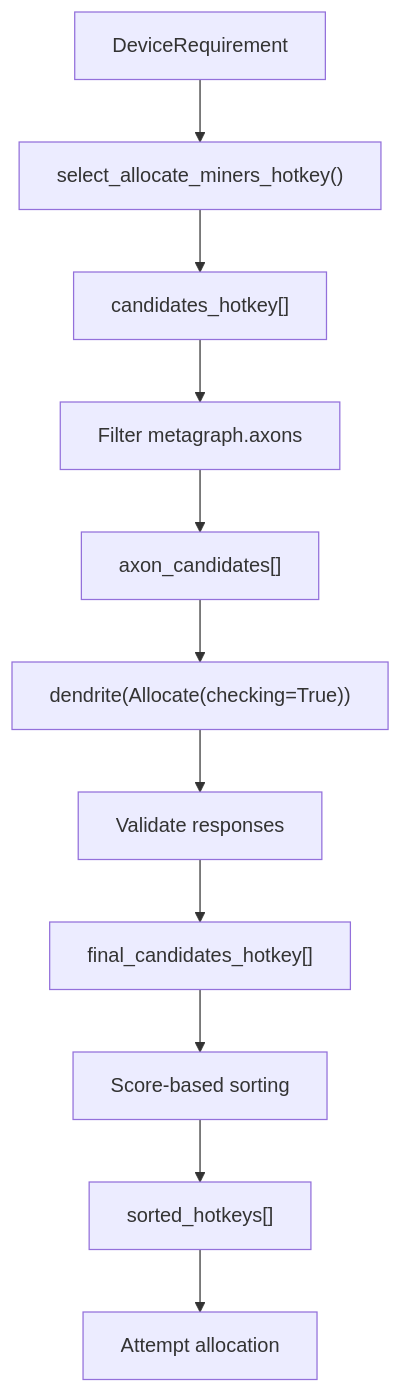
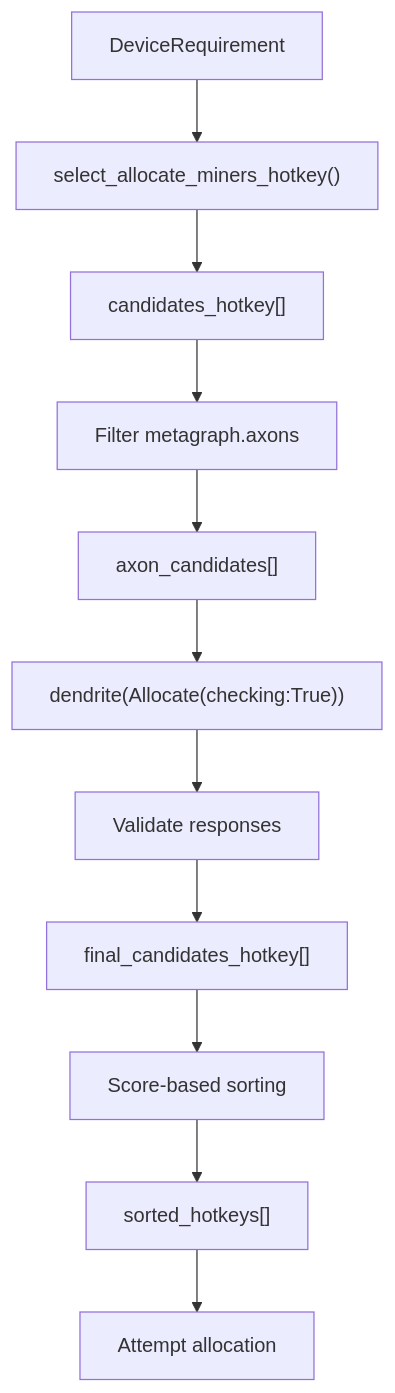
The first of 8 diagrams in src/content/docs/resource-allocation-api/resource-management.mdx (neuralinternet/docs), drawn with Mermaid before and after one commit. The commit also changed other lines of this file and 184 other files, not shown here.

````diff
--- a/src/content/docs/resource-allocation-api/resource-management.mdx
+++ b/src/content/docs/resource-allocation-api/resource-management.mdx
@@ -40,15 +40,15 @@
 ```mermaid
 flowchart TD
     DevReq["DeviceRequirement"] --> SelectCandidates["select_allocate_miners_hotkey()"]
     SelectCandidates --> CandidateList["candidates_hotkey[]"]
     CandidateList --> FilterAxons["Filter metagraph.axons"]
     FilterAxons --> AxonCandidates["axon_candidates[]"]
     
-    AxonCandidates --> CheckAvailability["dendrite(Allocate(checking=True))"]
+    AxonCandidates --> CheckAvailability["dendrite(Allocate(checking:True))"]
     CheckAvailability --> ValidateResponses["Validate responses"]
     ValidateResponses --> FinalCandidates["final_candidates_hotkey[]"]
     
     FinalCandidates --> ScoreSort["Score-based sorting"]
     ScoreSort --> SortedCandidates["sorted_hotkeys[]"]
     SortedCandidates --> AttemptAllocation["Attempt allocation"]
 ```
````
